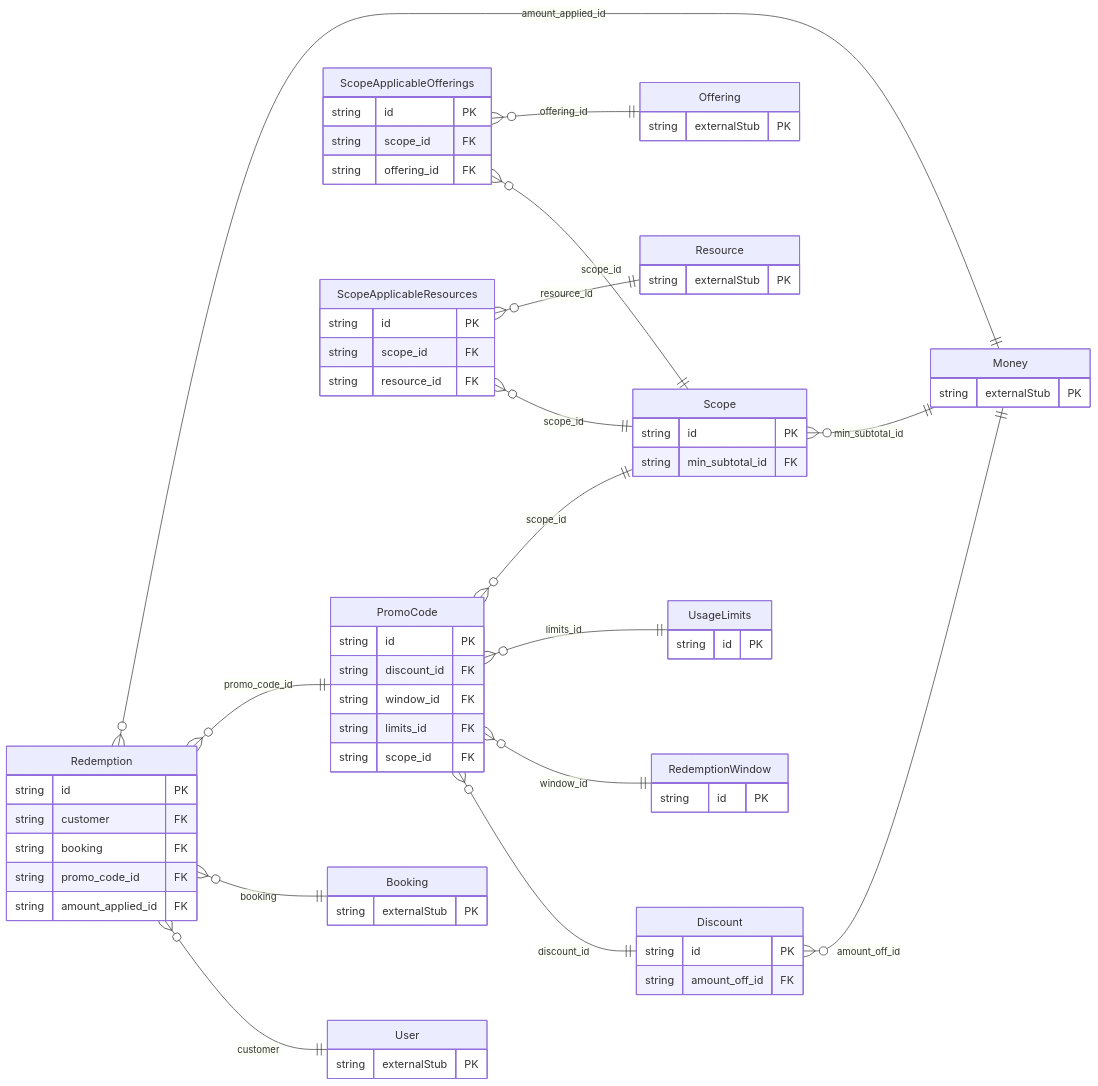
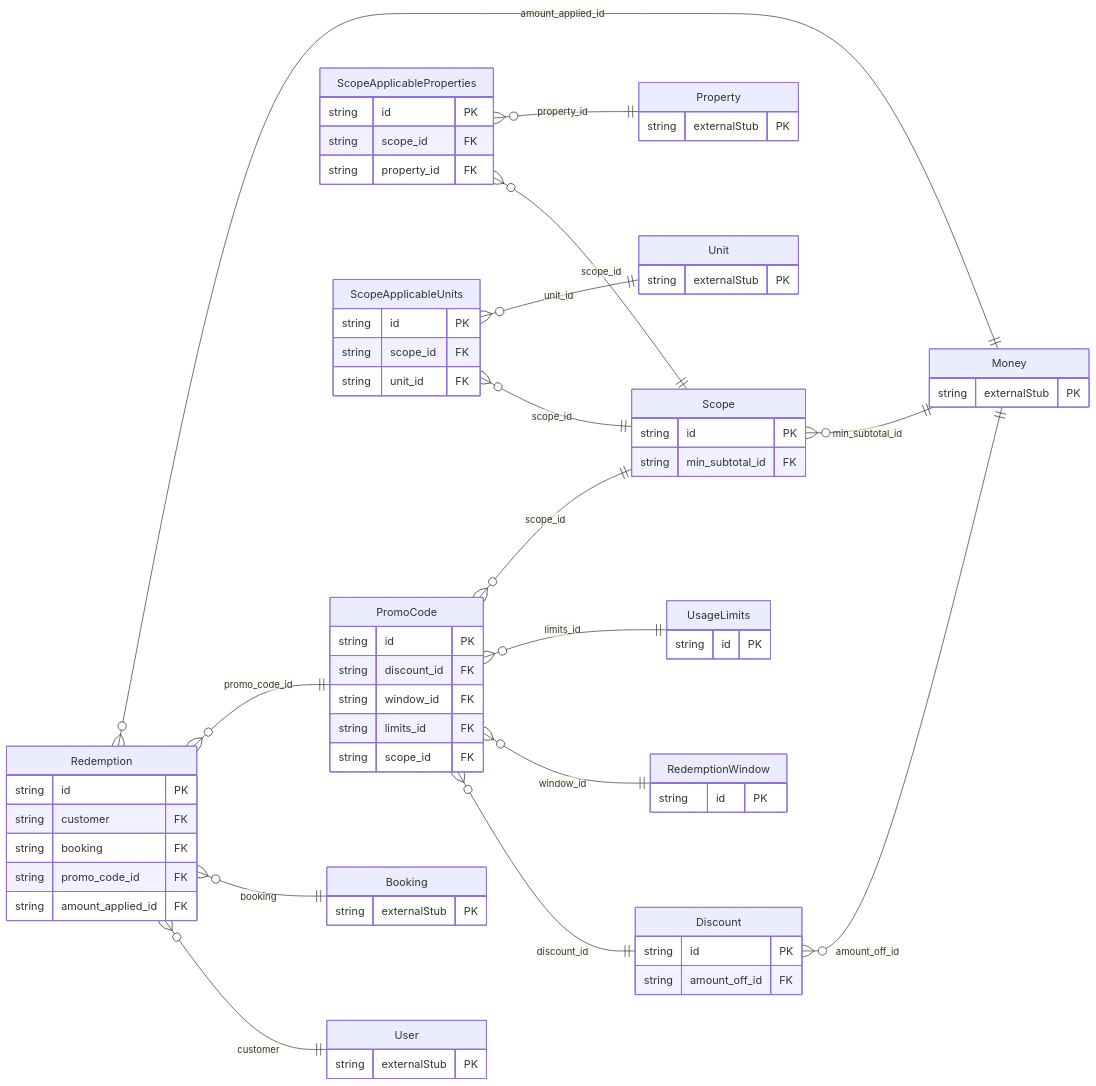
One commit to oh-tarnished/freebusy changed the diagram in protobuf/generated/prisma/freebusy/promocode/README.md. Above: the diagram before and after it, drawn with Mermaid. The commit also changed 82 other files, not shown here.

First line of the commit message:
feat: Add Prisma schemas and enums for freebusy property and channel

````diff
--- a/protobuf/generated/prisma/freebusy/promocode/README.md
+++ b/protobuf/generated/prisma/freebusy/promocode/README.md
@@ -13,71 +13,71 @@
 ```mermaid
 erDiagram
     direction LR
     Discount {
         string id PK
         string amount_off_id FK
     }
     PromoCode {
         string id PK
         string discount_id FK
         string window_id FK
         string limits_id FK
         string scope_id FK
     }
     Redemption {
         string id PK
         string customer FK
         string booking FK
         string promo_code_id FK
         string amount_applied_id FK
     }
     RedemptionWindow {
         string id PK
     }
     Scope {
         string id PK
         string min_subtotal_id FK
     }
-    ScopeApplicableOfferings {
+    ScopeApplicableProperties {
         string id PK
         string scope_id FK
-        string offering_id FK
+        string property_id FK
     }
-    ScopeApplicableResources {
+    ScopeApplicableUnits {
         string id PK
         string scope_id FK
-        string resource_id FK
+        string unit_id FK
     }
     UsageLimits {
         string id PK
     }
     Booking {
         string externalStub PK
     }
     Money {
         string externalStub PK
     }
-    Offering {
+    Property {
         string externalStub PK
     }
-    Resource {
+    Unit {
         string externalStub PK
     }
     User {
         string externalStub PK
     }
     Discount }o--|| Money : "amount_off_id"
     PromoCode }o--|| Discount : "discount_id"
     PromoCode }o--|| RedemptionWindow : "window_id"
     PromoCode }o--|| UsageLimits : "limits_id"
     PromoCode }o--|| Scope : "scope_id"
     Redemption }o--|| User : "customer"
     Redemption }o--|| Booking : "booking"
     Redemption }o--|| PromoCode : "promo_code_id"
     Redemption }o--|| Money : "amount_applied_id"
     Scope }o--|| Money : "min_subtotal_id"
-    ScopeApplicableOfferings }o--|| Scope : "scope_id"
-    ScopeApplicableOfferings }o--|| Offering : "offering_id"
-    ScopeApplicableResources }o--|| Scope : "scope_id"
-    ScopeApplicableResources }o--|| Resource : "resource_id"
+    ScopeApplicableProperties }o--|| Scope : "scope_id"
+    ScopeApplicableProperties }o--|| Property : "property_id"
+    ScopeApplicableUnits }o--|| Scope : "scope_id"
+    ScopeApplicableUnits }o--|| Unit : "unit_id"
 ```
````
